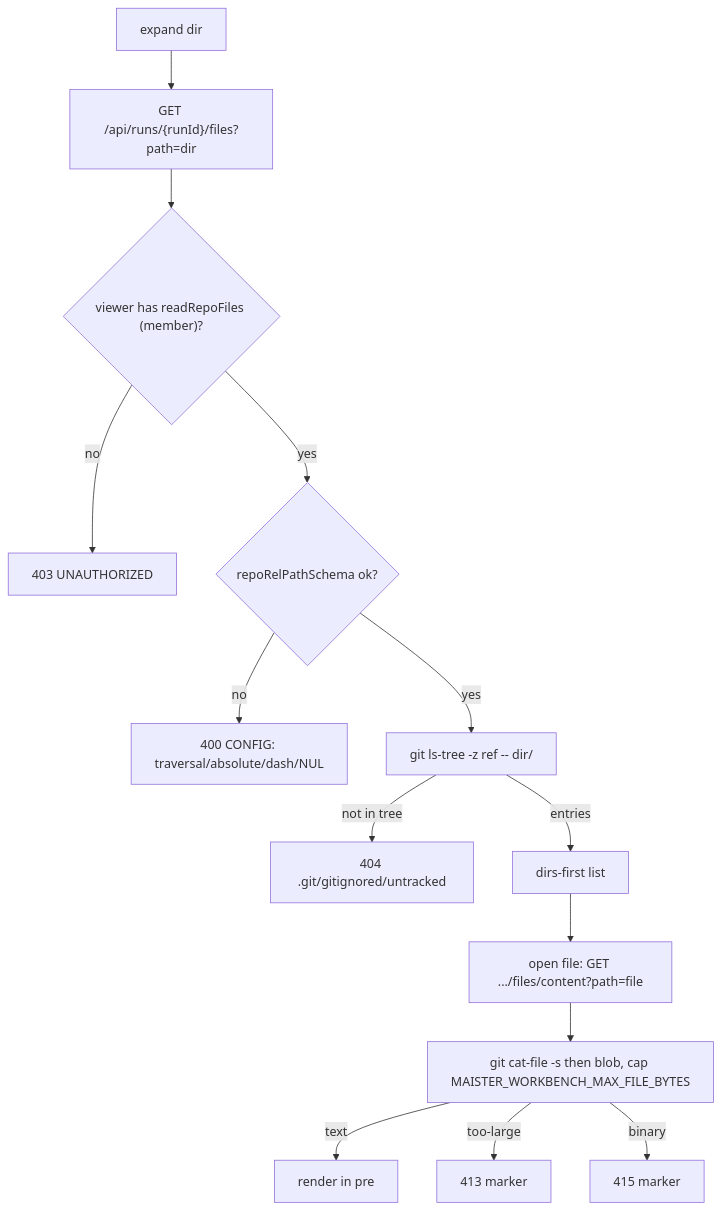
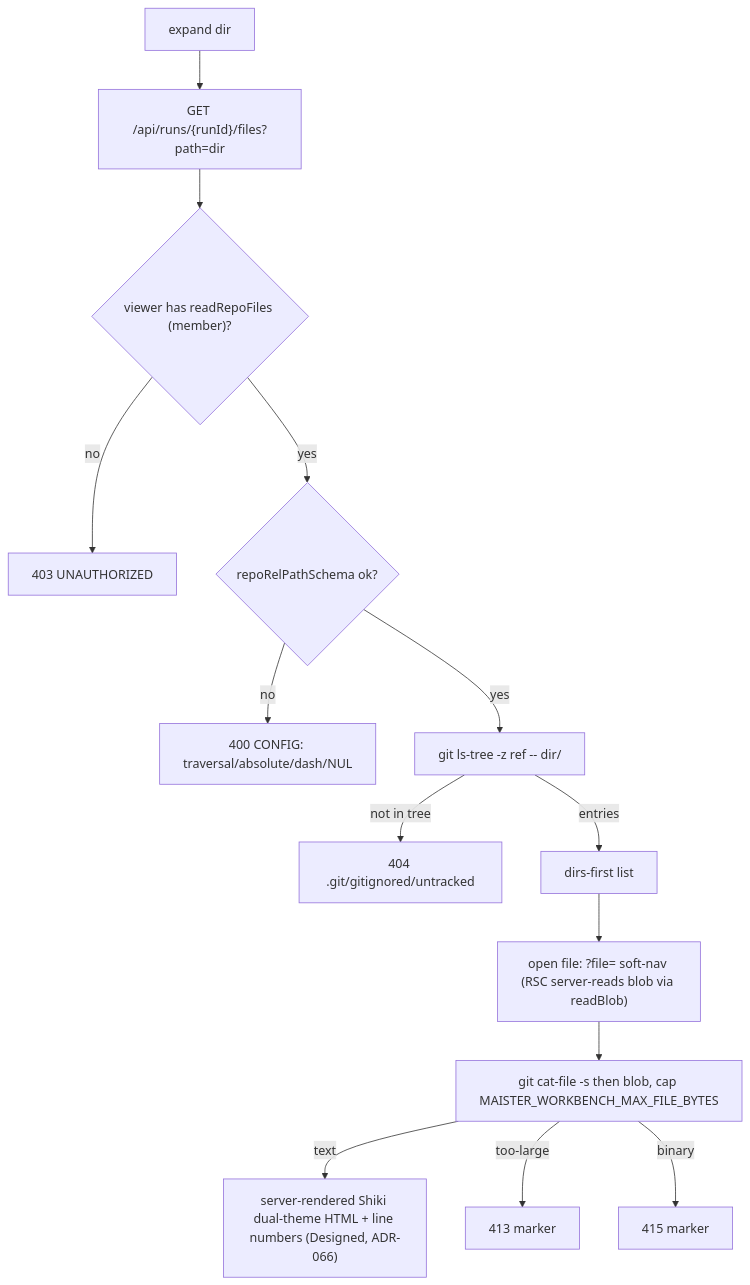
The fourth of 5 diagrams in docs/system-analytics/workbench.md (maister-dev/maister), drawn with Mermaid before and after one commit. The commit also changed other lines of this file and 5 other files, not shown here.

````diff
--- a/docs/system-analytics/workbench.md
+++ b/docs/system-analytics/workbench.md
@@ -134,16 +141,16 @@
 ```mermaid
 flowchart TD
     Expand["expand dir"] --> Files["GET /api/runs/{runId}/files?path=dir"]
     Files --> Gate{"viewer has readRepoFiles (member)?"}
     Gate -- no --> F403["403 UNAUTHORIZED"]
     Gate -- yes --> Val{"repoRelPathSchema ok?"}
     Val -- no --> F400["400 CONFIG: traversal/absolute/dash/NUL"]
     Val -- yes --> LsTree["git ls-tree -z ref -- dir/"]
     LsTree -- not in tree --> F404["404 .git/gitignored/untracked"]
     LsTree -- entries --> Render["dirs-first list"]
-    Render --> OpenF["open file: GET .../files/content?path=file"]
+    Render --> OpenF["open file: ?file= soft-nav (RSC server-reads blob via readBlob)"]
     OpenF --> Blob["git cat-file -s then blob, cap MAISTER_WORKBENCH_MAX_FILE_BYTES"]
-    Blob -- text --> Pre["render in pre"]
+    Blob -- text --> Pre["server-rendered Shiki dual-theme HTML + line numbers (Designed, ADR-066)"]
     Blob -- too-large --> F413["413 marker"]
     Blob -- binary --> F415["415 marker"]
 ```
````
